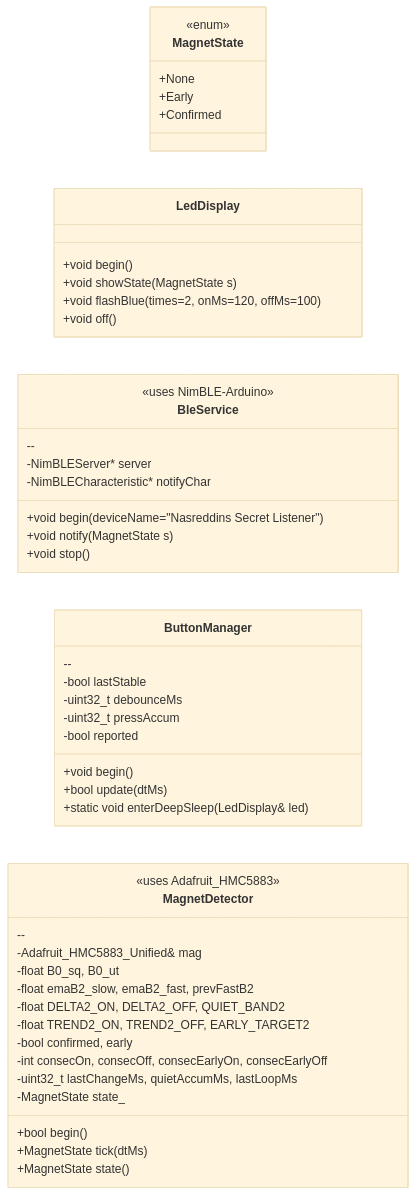
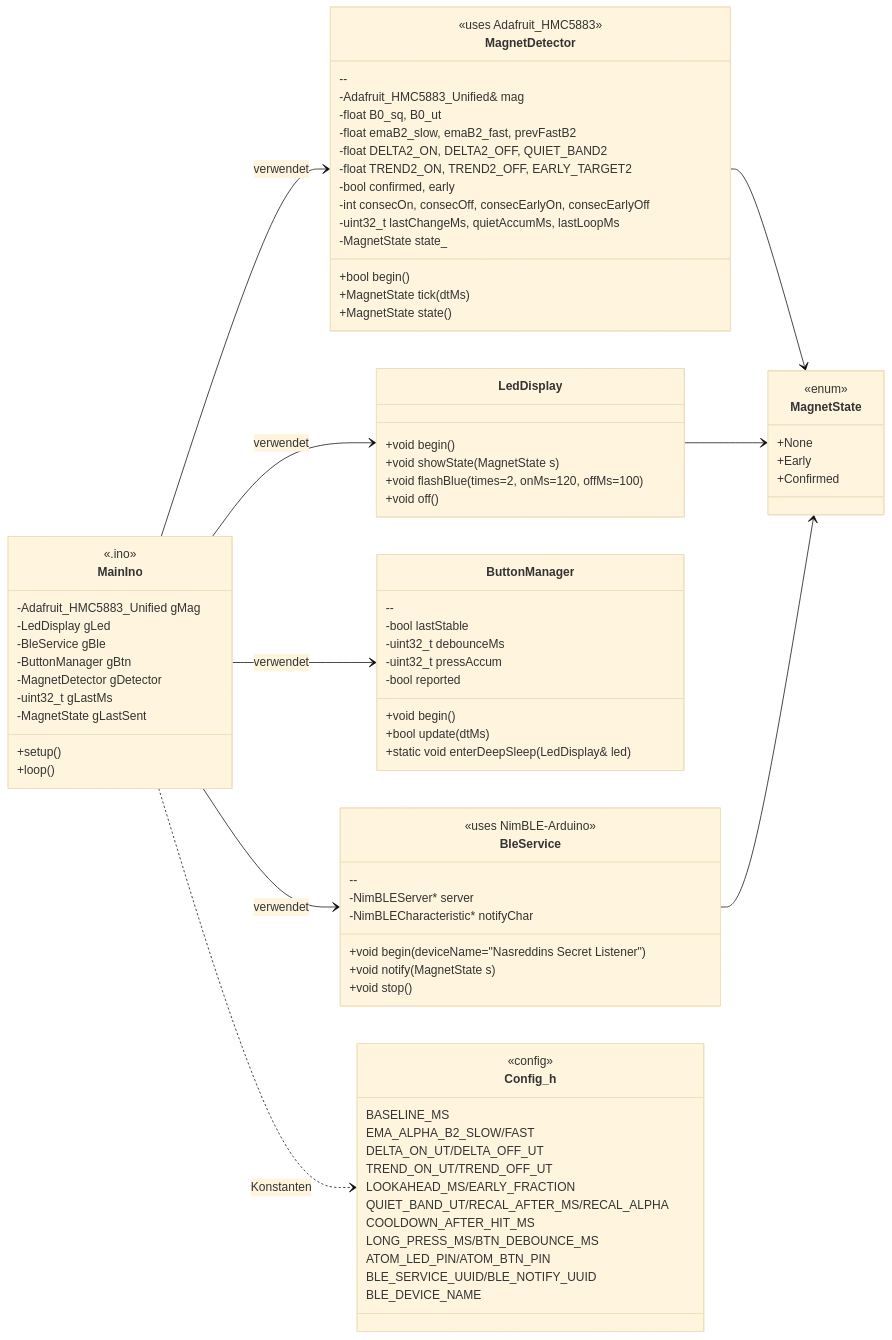
The first of 3 diagrams in Uml_aus_dem_Eis.md (hesspet/Nasreddins-Secret-Listener), drawn with Mermaid (base theme) before and after one commit. The commit also changed other lines of this file, not shown here.

````diff
--- a/Uml_aus_dem_Eis.md
+++ b/Uml_aus_dem_Eis.md
@@ -57,7 +59,6 @@
       <<uses Adafruit_HMC5883>>
     }
 
-    ```
     class Config_h {
       <<config>>
       BASELINE_MS
````
